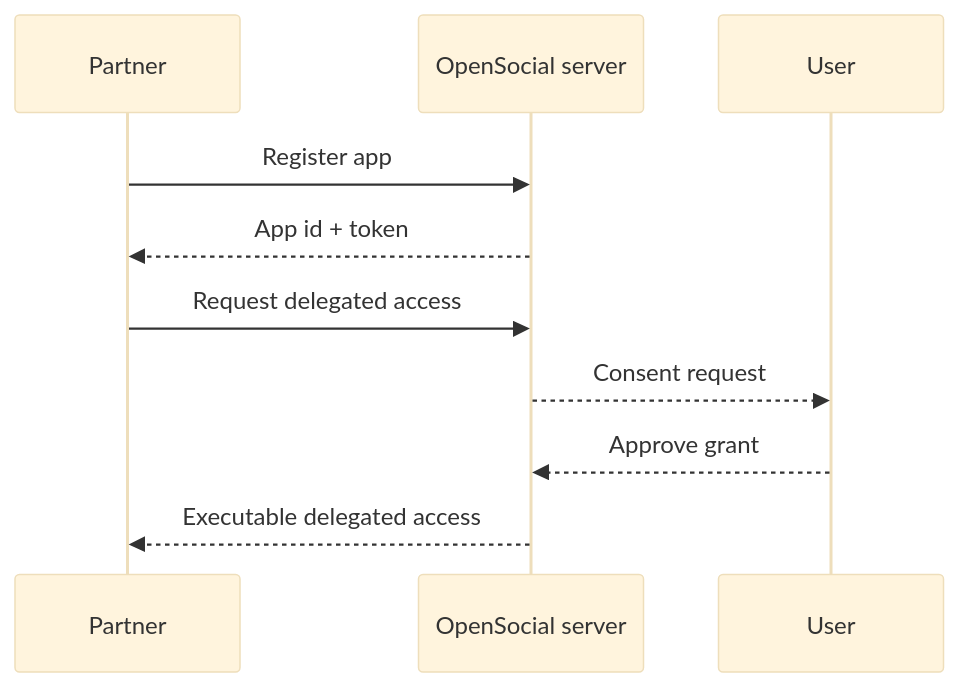
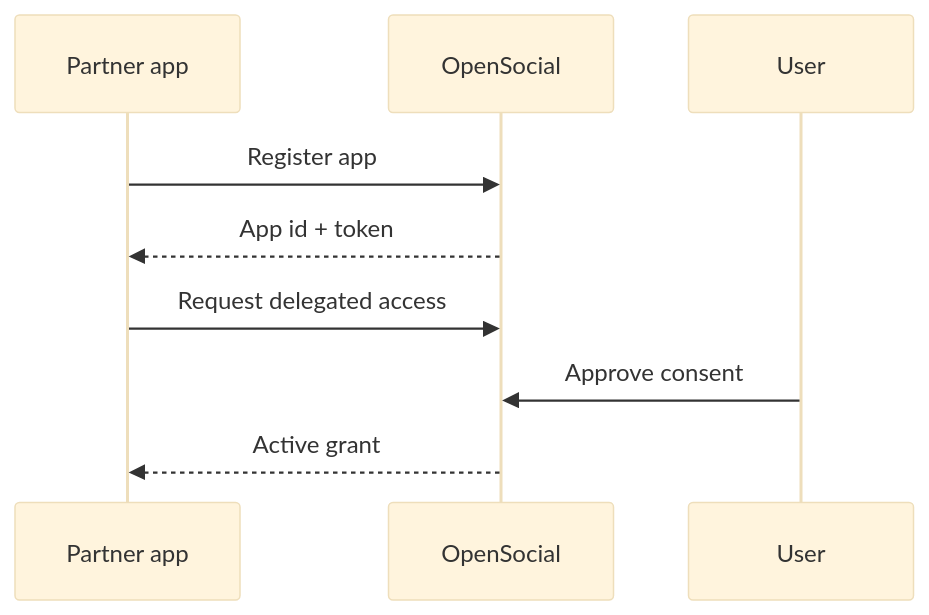
Before and after one commit to TheOpenSocial/openchat: the first of 2 diagrams in docs/examples/protocol-core-concepts.md, drawn with Mermaid (base theme). The commit also changed other lines of this file and 15 other files, not shown here.

````diff
--- a/docs/examples/protocol-core-concepts.md
+++ b/docs/examples/protocol-core-concepts.md
@@ -47,13 +29,12 @@
 ```mermaid
 sequenceDiagram
-    participant P as Partner
-    participant S as OpenSocial server
+    participant P as Partner app
+    participant O as OpenSocial
     participant U as User
 
-    P->>S: Register app
-    S-->>P: App id + token
-    P->>S: Request delegated access
-    S-->>U: Consent request
-    U-->>S: Approve grant
-    S-->>P: Executable delegated access
+    P->>O: Register app
+    O-->>P: App id + token
+    P->>O: Request delegated access
+    U->>O: Approve consent
+    O-->>P: Active grant
 ```
````
